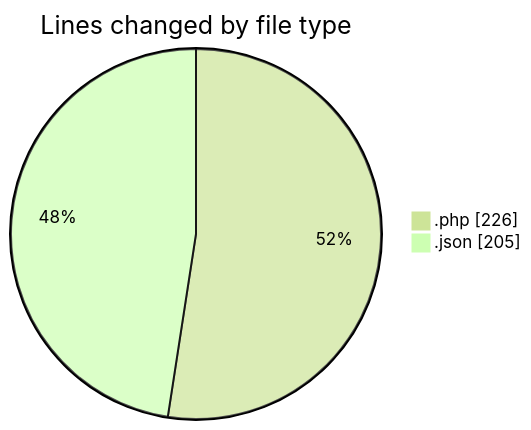
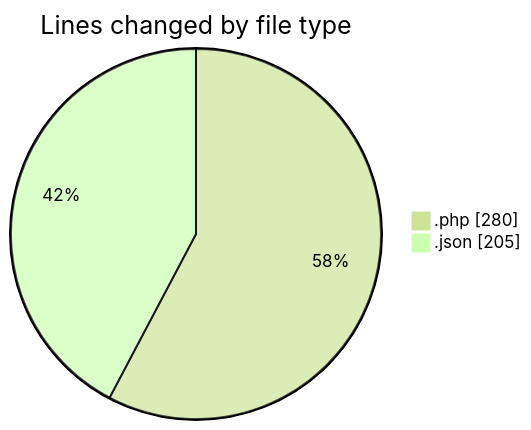
The first of 2 diagrams in 2025-04-13/autodidak/README.md (idhammustaqopulfikri/code-tracking), drawn with Mermaid (forest theme) before and after one commit. The commit also changed other lines of this file and 1 other file, not shown here.

````diff
--- a/2025-04-13/autodidak/README.md
+++ b/2025-04-13/autodidak/README.md
@@ -24,6 +26,6 @@
 ```mermaid
 pie showData
 title Lines changed by file type
-".php" : 226
+".php" : 280
 ".json" : 205
 ```
````
